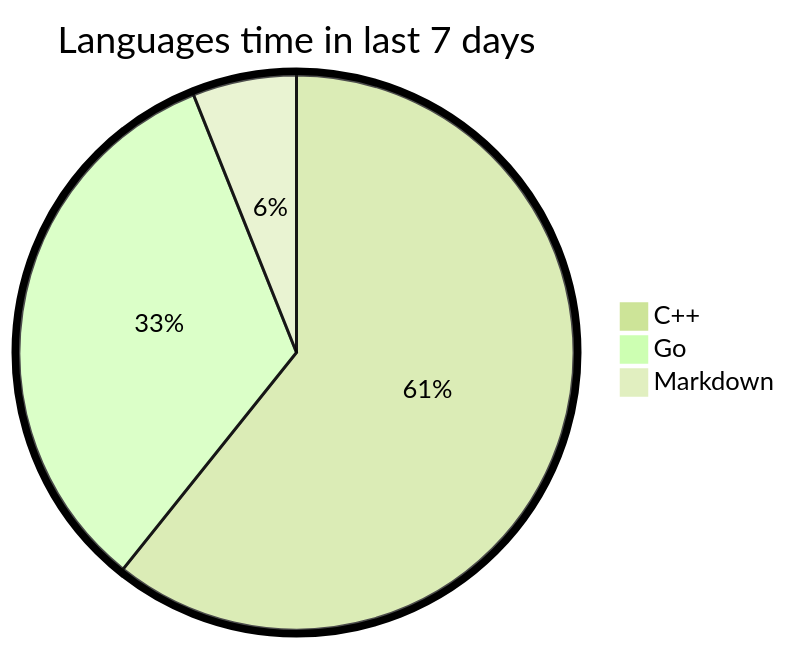
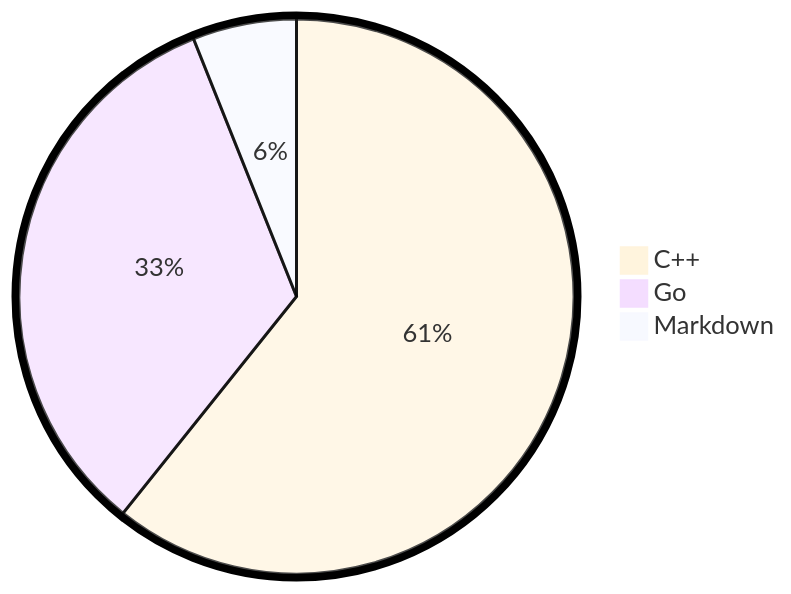
One commit to tot0p/tot0p changed the diagram in README.md. Above: the diagram before and after it, drawn with Mermaid. The commit also changed other lines of this file, not shown here.

Commit message:
wakatime update

````diff
--- a/README.md
+++ b/README.md
@@ -76,7 +77,7 @@
 ```mermaid
-%%{init: {"pie": {"textPosition": 0.5}, "themeVariables": {"pieOuterStrokeWidth": "5px"},"theme":"forest"} }%%
-pie title Languages time in last 7 days
+%%{init: {"pie": {"textPosition": 0.5}, "themeVariables": {"pieOuterStrokeWidth": "5px"},"theme":"base"} }%%
+pie
 	"C++": 60.04
 	"Go": 32.82
 	"Markdown": 5.98
 ```
````
